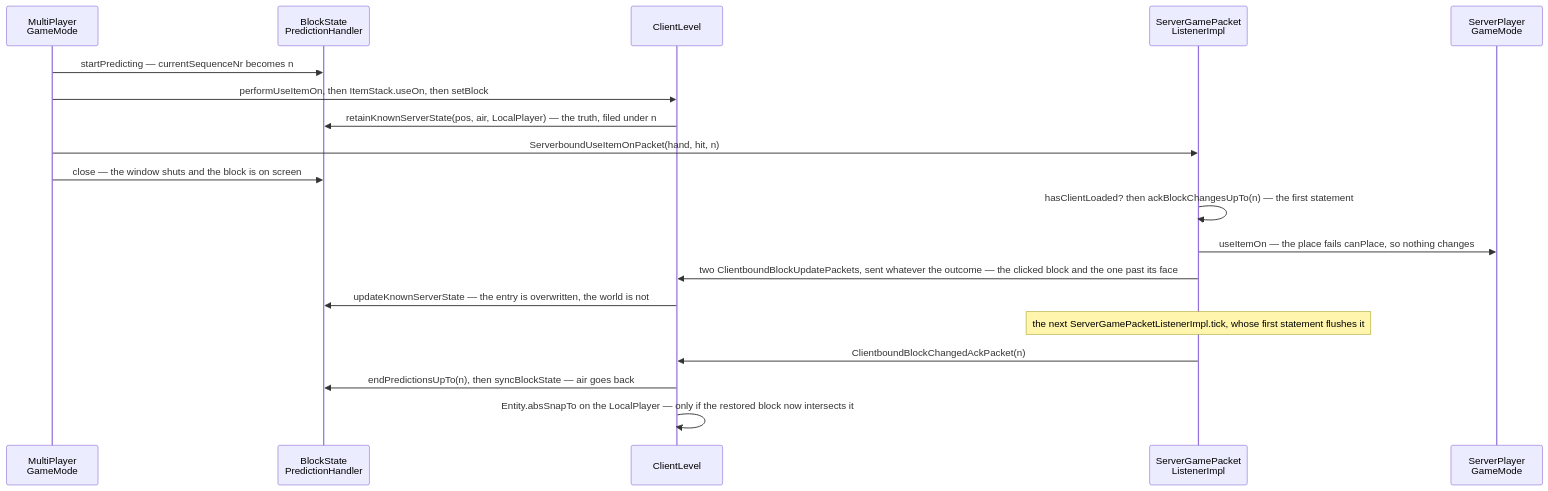
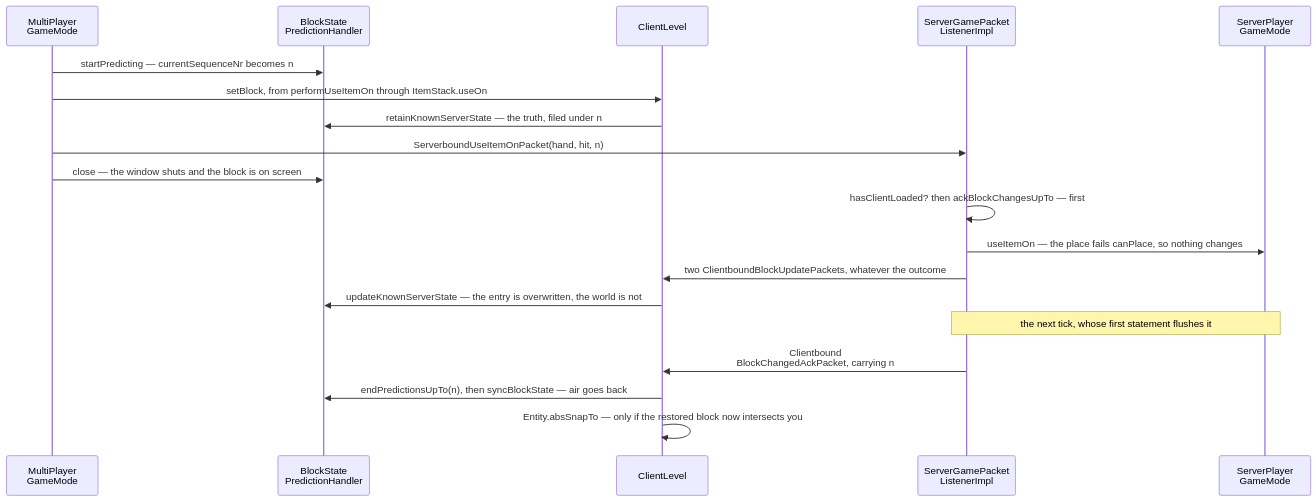
Before and after one commit to AlexanderjFraser/MinecraftDocs: the second of 2 diagrams in src/systems/client/prediction-and-acks.md, drawn with Mermaid. The commit also changed other lines of this file and 18 other files, not shown here.

````diff
--- a/src/systems/client/prediction-and-acks.md
+++ b/src/systems/client/prediction-and-acks.md
@@ -122,22 +128,22 @@
 ```mermaid
 sequenceDiagram
     participant MPGM as MultiPlayer<br/>GameMode
     participant BSPH as BlockState<br/>PredictionHandler
     participant CL as ClientLevel
     participant SGPL as ServerGamePacket<br/>ListenerImpl
     participant SPGM as ServerPlayer<br/>GameMode
 
     MPGM->>BSPH: startPredicting — currentSequenceNr becomes n
-    MPGM->>CL: performUseItemOn, then ItemStack.useOn, then setBlock
-    CL->>BSPH: retainKnownServerState(pos, air, LocalPlayer) — the truth, filed under n
+    MPGM->>CL: setBlock, from performUseItemOn through ItemStack.useOn
+    CL->>BSPH: retainKnownServerState — the truth, filed under n
     MPGM->>SGPL: ServerboundUseItemOnPacket(hand, hit, n)
     MPGM->>BSPH: close — the window shuts and the block is on screen
-    SGPL->>SGPL: hasClientLoaded? then ackBlockChangesUpTo(n) — the first statement
+    SGPL->>SGPL: hasClientLoaded? then ackBlockChangesUpTo — first
     SGPL->>SPGM: useItemOn — the place fails canPlace, so nothing changes
-    SGPL->>CL: two ClientboundBlockUpdatePackets, sent whatever the outcome — the clicked block and the one past its face
+    SGPL->>CL: two ClientboundBlockUpdatePackets, whatever the outcome
     CL->>BSPH: updateKnownServerState — the entry is overwritten, the world is not
-    Note over SGPL: the next ServerGamePacketListenerImpl.tick, whose first statement flushes it
-    SGPL->>CL: ClientboundBlockChangedAckPacket(n)
+    Note over SGPL,SPGM: the next tick, whose first statement flushes it
+    SGPL->>CL: Clientbound<br/>BlockChangedAckPacket, carrying n
     CL->>BSPH: endPredictionsUpTo(n), then syncBlockState — air goes back
-    CL->>CL: Entity.absSnapTo on the LocalPlayer — only if the restored block now intersects it
+    CL->>CL: Entity.absSnapTo — only if the restored block now intersects you
 ```
````
